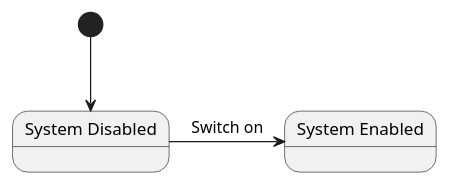
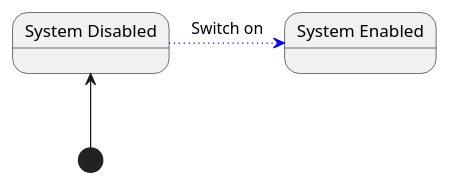
The diagram in examples/test.puml (grhmdev/gen-statemachine), drawn with PlantUML before and after one commit. The commit also changed 1 other file, not shown here.

```diff
--- a/examples/test.puml
+++ b/examples/test.puml
@@ -1,9 +1,9 @@
 @startuml
 
 state "System Enabled" as enabled
 state "System Disabled" as disabled
 
-[*] --> disabled
-disabled -> enabled : Switch on
+[*] -up-> disabled
+disabled -right[dotted,#blue]-> enabled : Switch on
 
 @enduml
```
